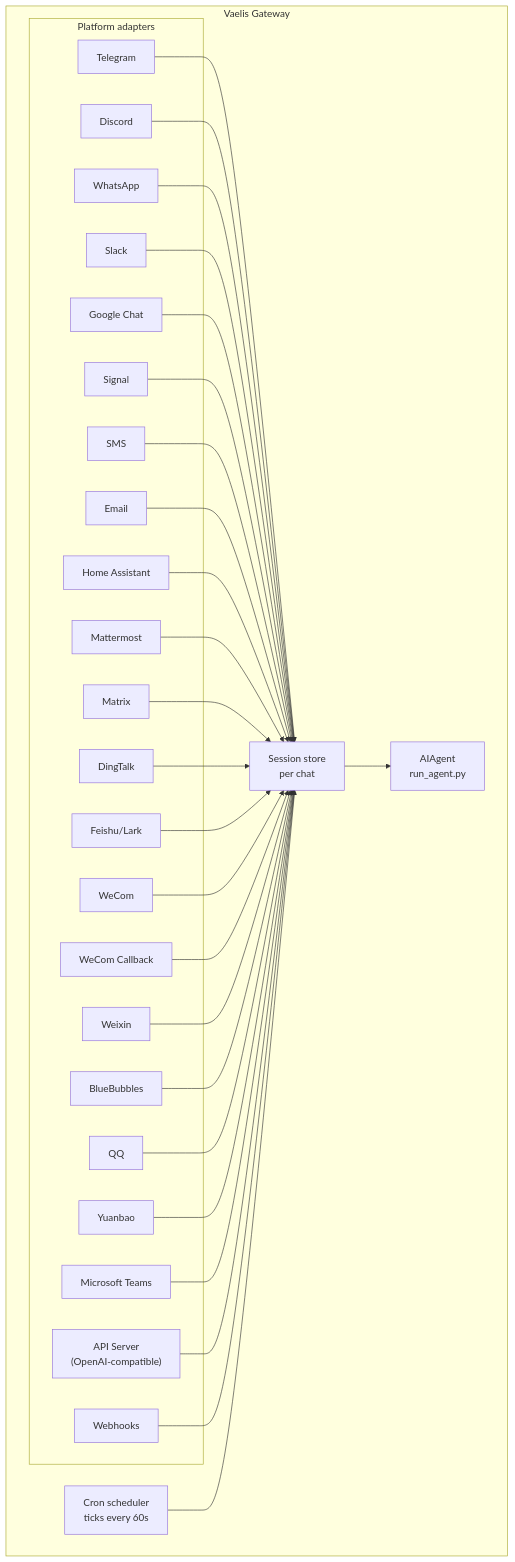
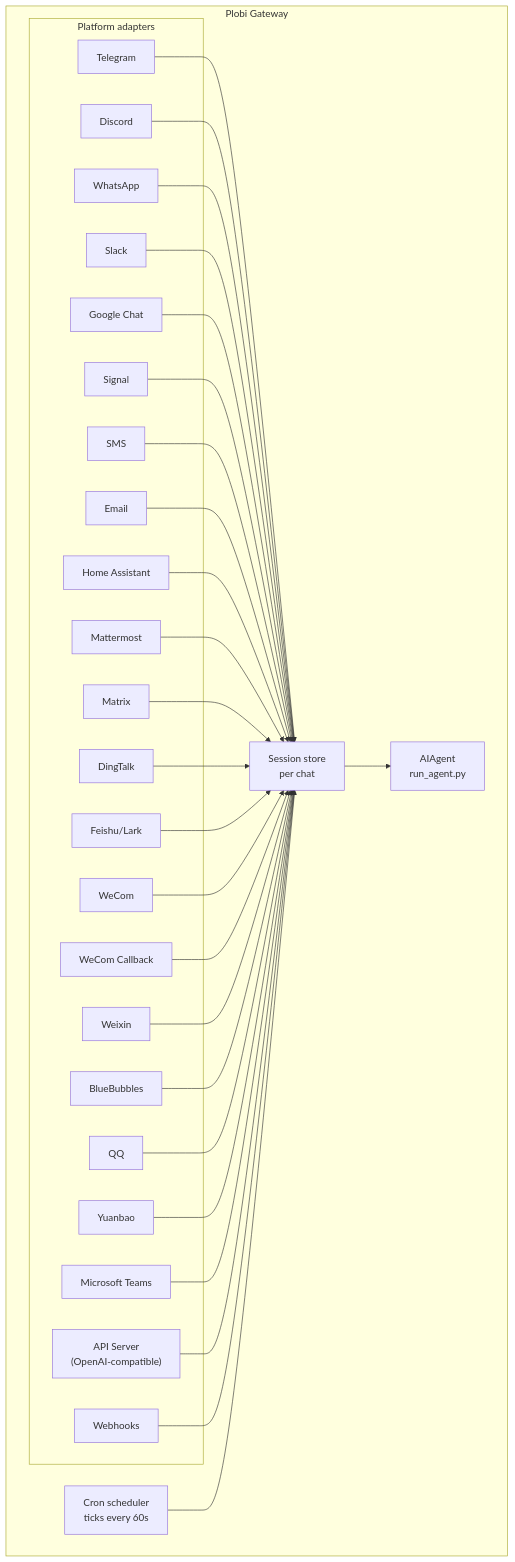
Before and after one commit to deyu-deng/Plobi: the diagram in website/docs/user-guide/messaging/index.md, drawn with Mermaid. The commit also changed other lines of this file and 2166 other files, not shown here.

First line of the commit message:
[PLOBI-S2] 自有代码标识改名：vaelis → plobi

````diff
--- a/website/docs/user-guide/messaging/index.md
+++ b/website/docs/user-guide/messaging/index.md
@@ -50,58 +50,58 @@
 ```mermaid
 flowchart TB
-    subgraph Gateway["Vaelis Gateway"]
+    subgraph Gateway["Plobi Gateway"]
         subgraph Adapters["Platform adapters"]
             tg[Telegram]
             dc[Discord]
             wa[WhatsApp]
             sl[Slack]
             gc[Google Chat]
             sig[Signal]
             sms[SMS]
             em[Email]
             ha[Home Assistant]
             mm[Mattermost]
             mx[Matrix]
             dt[DingTalk]
     fs[Feishu/Lark]
     wc[WeCom]
     wcb[WeCom Callback]
     wx[Weixin]
     bb[BlueBubbles]
     qq[QQ]
     yb[Yuanbao]
     ms[Microsoft Teams]
     api["API Server<br/>(OpenAI-compatible)"]
     wh[Webhooks]
         end
 
         store["Session store<br/>per chat"]
         agent["AIAgent<br/>run_agent.py"]
         cron["Cron scheduler<br/>ticks every 60s"]
     end
 
     tg --> store
     dc --> store
     wa --> store
     sl --> store
     gc --> store
     sig --> store
     sms --> store
     em --> store
     ha --> store
     mm --> store
     mx --> store
     dt --> store
     fs --> store
     wc --> store
     wcb --> store
     wx --> store
     bb --> store
     qq --> store
     yb --> store
     ms --> store
     api --> store
     wh --> store
     store --> agent
     cron --> store
 ```
````
